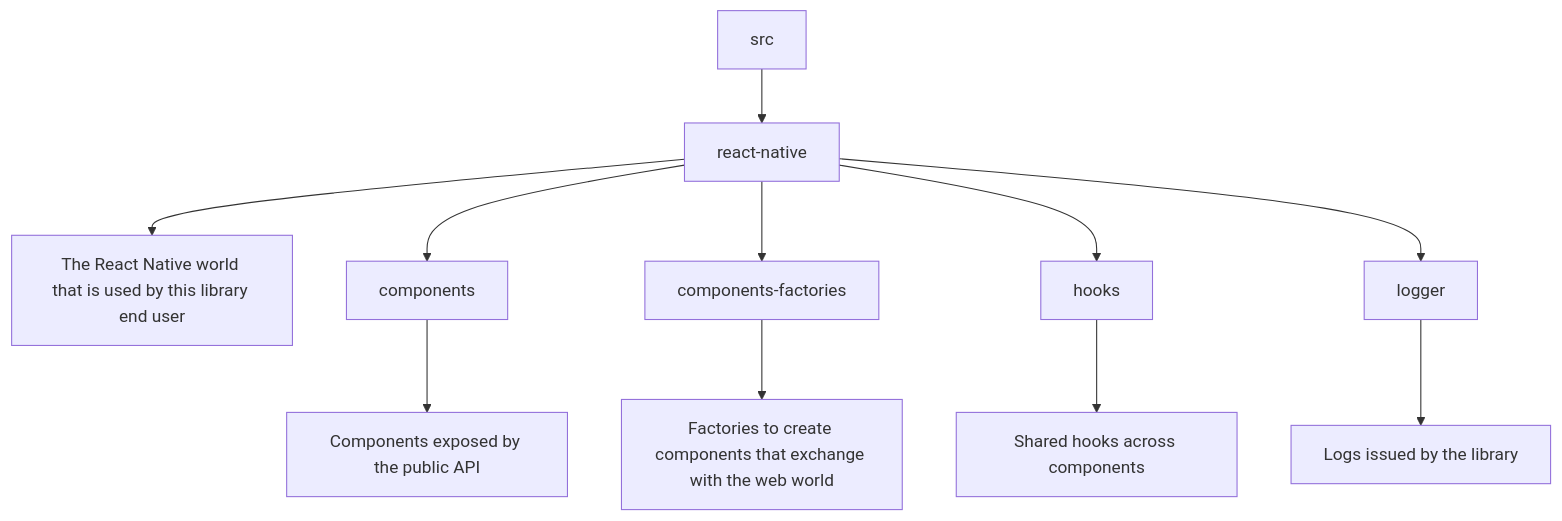
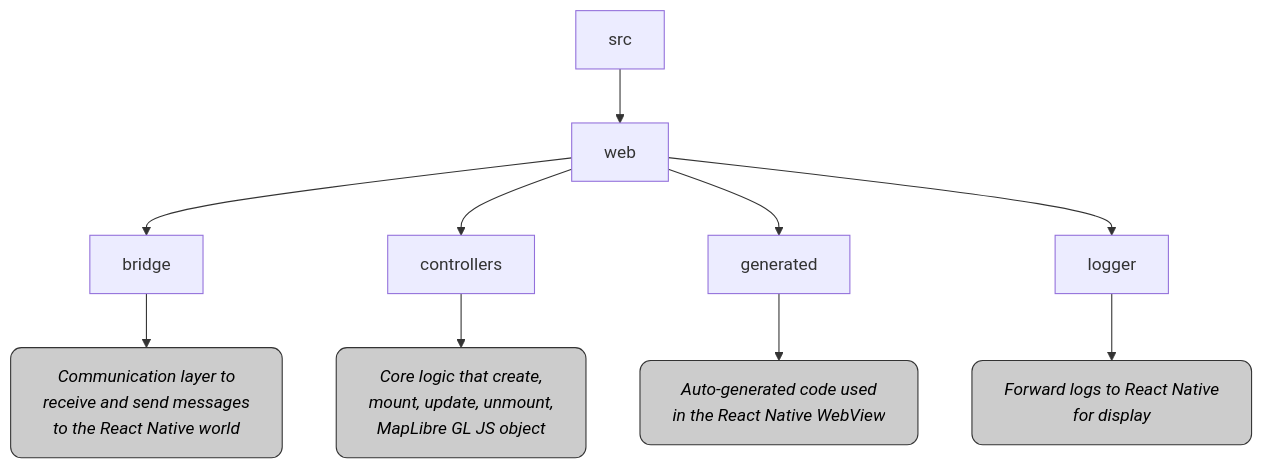
Before and after one commit to emilienaufauvre/react-native-maplibre-gl-js: the third of 3 diagrams in docs/developer/index.md, drawn with Mermaid. The commit also changed other lines of this file, not shown here.

Commit message:
docs: update developer doc

````diff
--- a/docs/developer/index.md
+++ b/docs/developer/index.md
@@ -80,15 +110,31 @@
 ```mermaid
 graph TD
-A[src] --> D[react-native]
+A[src] --> C[web]
 
-D --> D1[The React Native world that is used by this library end user]
-D --> D2[components]
-D --> D3[components-factories]
-D --> D4[hooks]
-D --> D5[logger]
+C --> C2[bridge]
+C --> C3[controllers]
+C --> C4[generated]
+C --> C5[logger]
 
-D2 --> D2a[Components exposed by the public API]
-D3 --> D3a[Factories to create components that exchange with the web world]
-D4 --> D4a[Shared hooks across components]
-D5 --> D5a[Logs issued by the library]
+C2 --> C2a[
+Communication layer to
+receive and send messages
+to the React Native world
+]
+C3 --> C3a[
+Core logic that create,
+mount, update, unmount,
+MapLibre GL JS object
+]
+C4 --> C4a[
+Auto-generated code used
+in the React Native WebView
+]
+C5 --> C5a[
+Forward logs to React Native
+for display
+]
+
+class C2a,C3a,C4a,C5a descriptionBlock;
+classDef descriptionBlock fill:#CCC,stroke:#333,stroke-width:1px,rx:10,ry:10,color:#000,font-style:italic;
 ```
````
